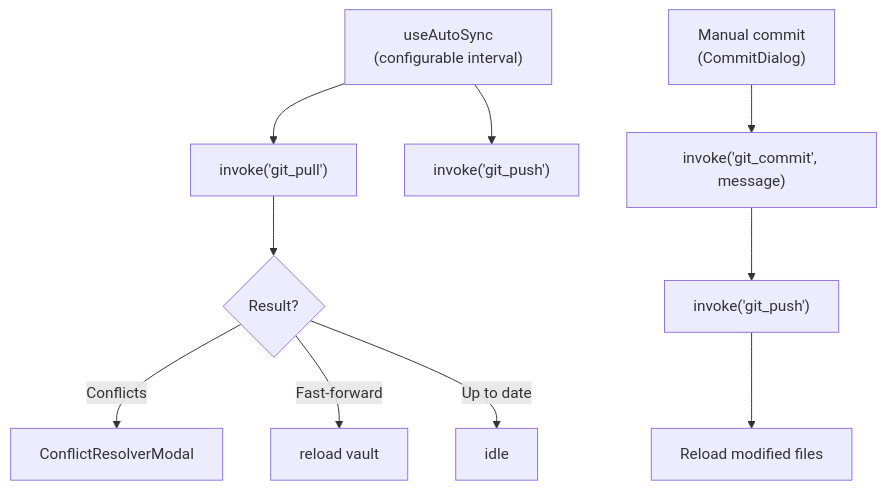
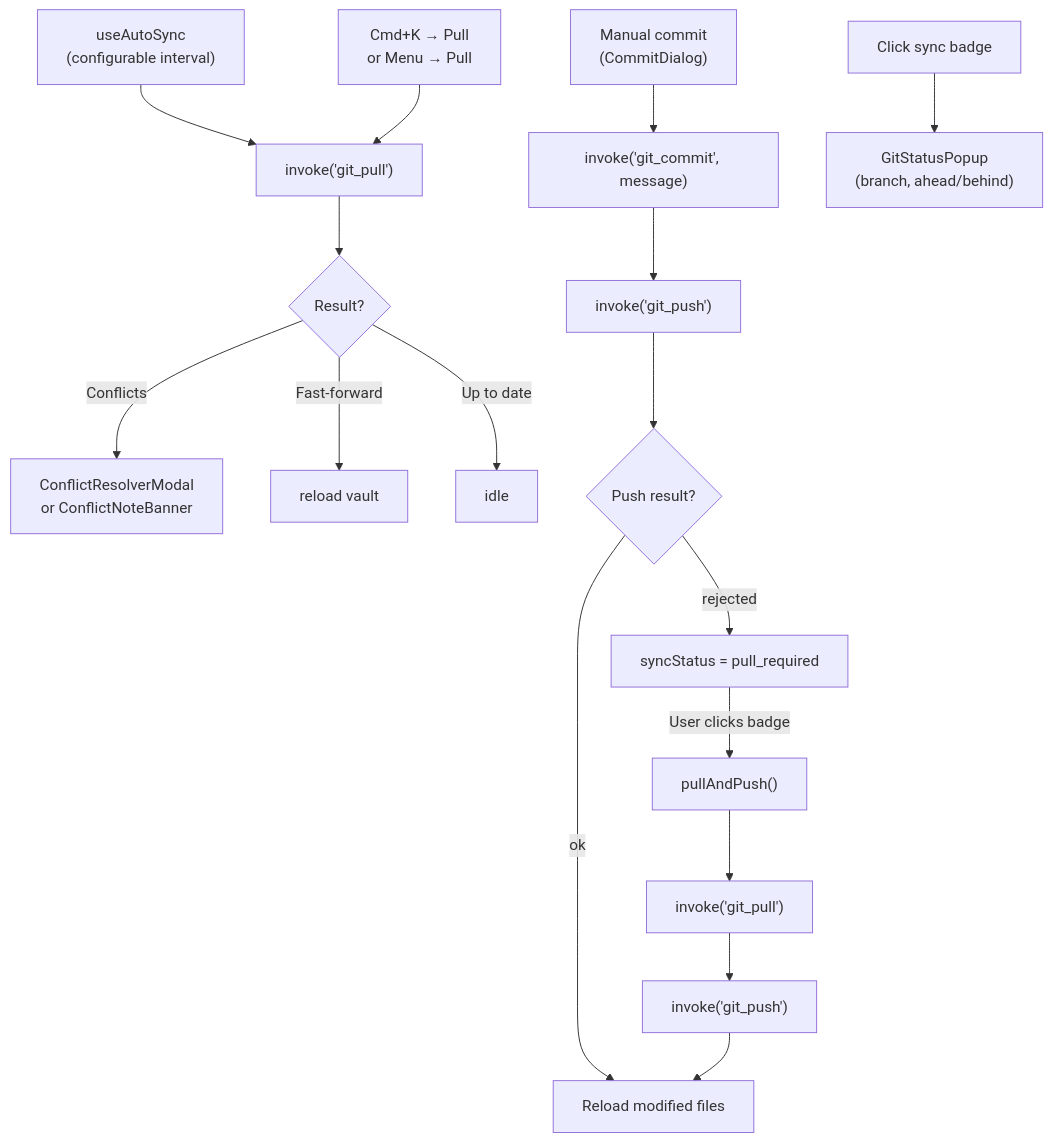
The tenth of 10 diagrams in docs/ARCHITECTURE.md (aimeritething/Fuwa), drawn with Mermaid before and after one commit. The commit also changed other lines of this file and 25 other files, not shown here.

First line of the commit message:
feat: handle git divergence, conflicts, and manual pull from within Laputa

````diff
--- a/docs/ARCHITECTURE.md
+++ b/docs/ARCHITECTURE.md
@@ -564,14 +564,21 @@
 ```mermaid
 flowchart TD
     AS["useAutoSync\n(configurable interval)"] --> PULL["invoke('git_pull')"]
     PULL --> PC{Result?}
-    PC -->|Conflicts| CM["ConflictResolverModal"]
+    PC -->|Conflicts| CM["ConflictResolverModal\nor ConflictNoteBanner"]
     PC -->|Fast-forward| RV["reload vault"]
     PC -->|Up to date| DONE["idle"]
 
-    AS --> PUSH["invoke('git_push')"]
-
     MAN["Manual commit\n(CommitDialog)"] --> GC["invoke('git_commit', message)"]
     GC --> GP["invoke('git_push')"]
-    GP --> RM["Reload modified files"]
+    GP --> PR{Push result?}
+    PR -->|ok| RM["Reload modified files"]
+    PR -->|rejected| DIV["syncStatus = pull_required"]
+    DIV -->|User clicks badge| PAP["pullAndPush()"]
+    PAP --> PULL2["invoke('git_pull')"]
+    PULL2 --> GP2["invoke('git_push')"]
+    GP2 --> RM
+
+    CMD["Cmd+K → Pull\nor Menu → Pull"] --> PULL
+    STATUS["Click sync badge"] --> POPUP["GitStatusPopup\n(branch, ahead/behind)"]
 ```
````
